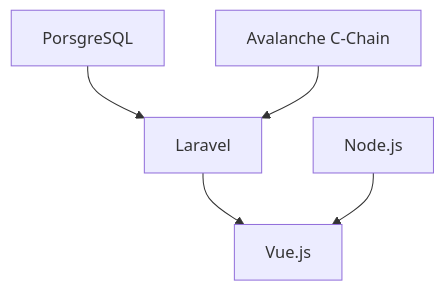
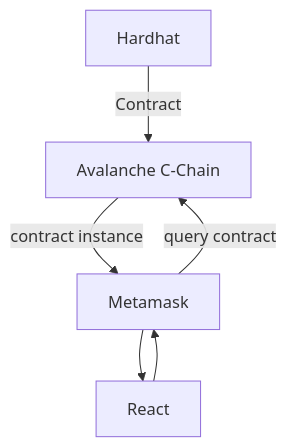
One commit to data-miner00/avax-nft-minter changed the diagram in README.md. Above: the diagram before and after it, drawn with Mermaid. The commit also changed other lines of this file and 2 other files, not shown here.

````diff
--- a/README.md
+++ b/README.md
@@ -102,7 +101,8 @@
 ```mermaid
 graph TD;
-    PorsgreSQL-->Laravel;
-    avax[Avalanche C-Chain]-->Laravel;
-    Laravel-->Vue.js;
-    Node.js-->Vue.js;
+    Hardhat -- Contract --> cchain[Avalanche C-Chain];
+    Metamask -- query contract --> cchain;
+    cchain -- contract instance --> Metamask;
+    React --> Metamask;
+    Metamask --> React;
 ```
````
